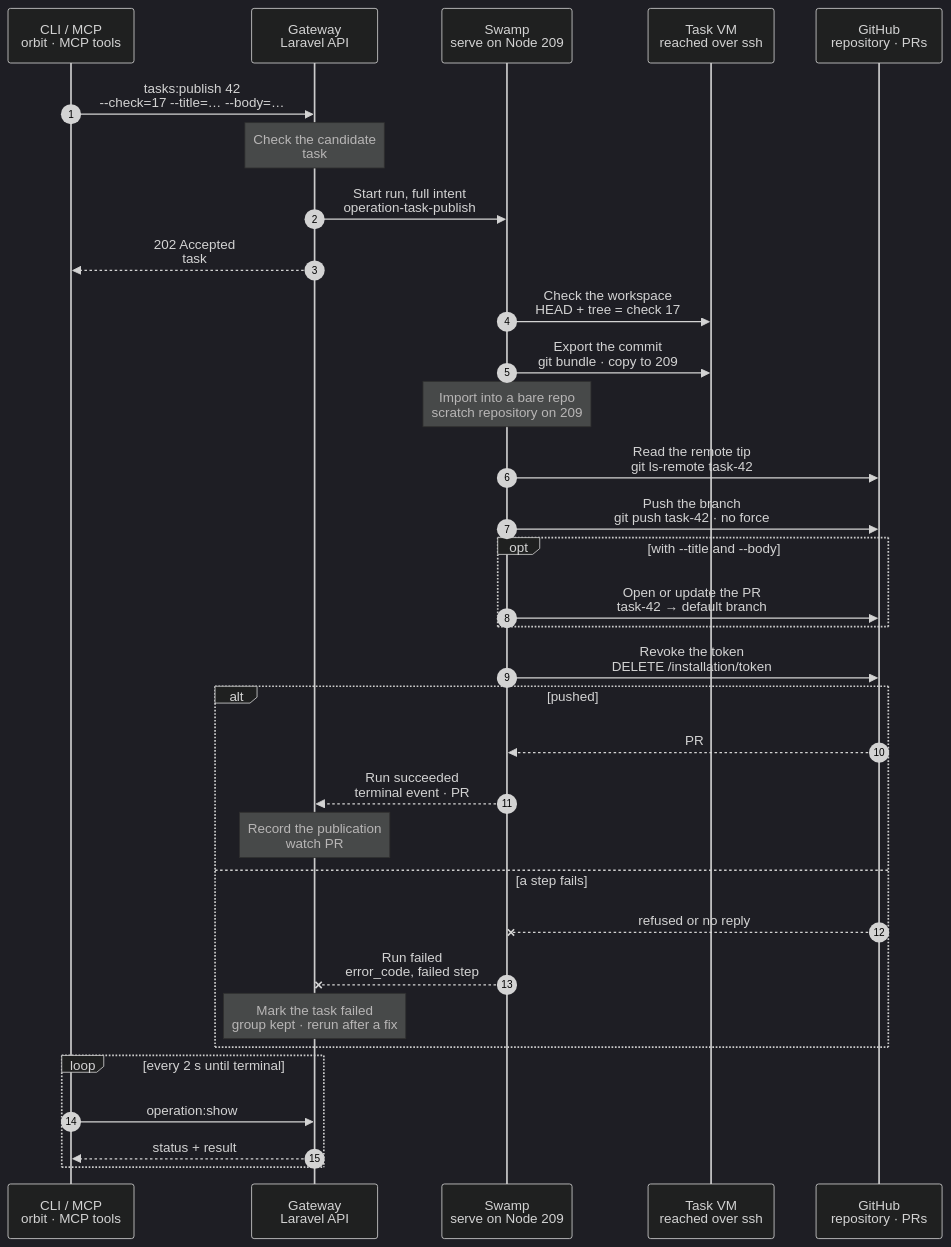
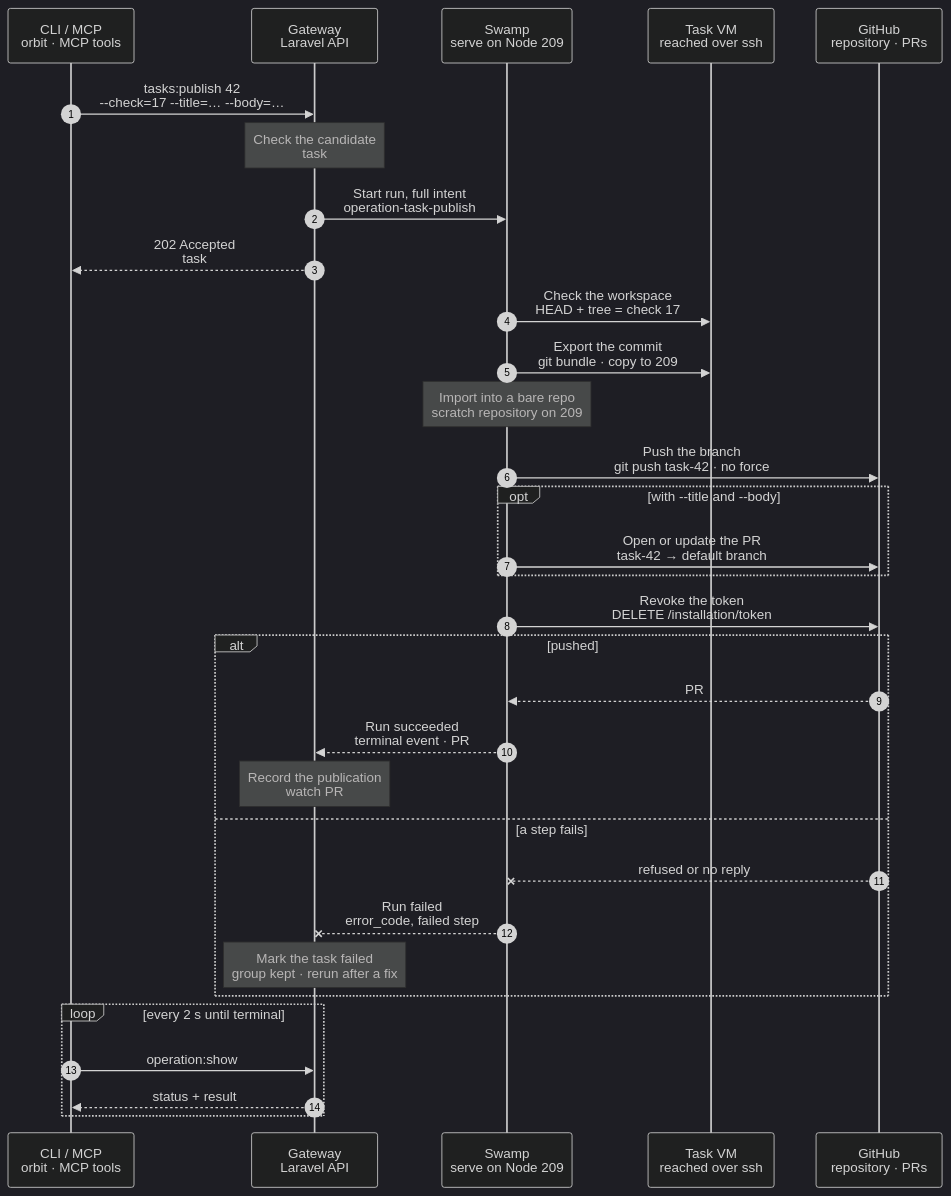
One commit to hardimpactdev/orbit changed the diagram in docs/cli/tasks/publish.mmd. Above: the diagram before and after it, drawn with Mermaid (dark theme). The commit also changed 2 other files, not shown here.

Commit message:
docs(cli): tighten2 wave 9 charts (fleet.rollout, tasks.publish, tasks.dependency_merge)
fleet.peer_dns waits for its lane: its new chart needs a workflow change.

```diff
--- a/docs/cli/tasks/publish.mmd
+++ b/docs/cli/tasks/publish.mmd
@@ -1,115 +1,114 @@
 sequenceDiagram
   %% Target design: ADR 0244 task, DECISIONS 1 (token minted at admission, vault) and R2-R4, swamp-tasks-model. docs/reference/tasks.md#publish-an-external-group.
+  %% Tightened: flow-tighten 2026-11-02, rule 16 (no tip read: a push without force refuses a divergent tip and pushes nothing for an identical one).
   %% status: draft
   %% command: tasks:publish
   %% kind: tasks.publish
   autonumber
   %% lane CLI icon=terminal pill=caller tone=gray
   %% lane GW icon=gateway pill=intent tone=blue
   %% lane SW icon=workflow pill=executes tone=green
   %% lane N icon=server pill=target tone=amber
   %% lane GH icon=server pill=target tone=purple
   participant CLI as CLI / MCP<br/>orbit · MCP tools
   participant GW as Gateway<br/>Laravel API
   participant SW as Swamp<br/>serve on Node 209
   participant N as Task VM<br/>reached over ssh
   participant GH as GitHub<br/>repository · PRs
   CLI->>GW: tasks:publish 42<br/>--check=17 --title=… --body=…
   %%> Command:
   %%> - `orbit tasks:publish 42 --check=17 --title="Deliver the feature" --body="Adds the feature."`
   %%> - syntax: `[group] --check=ID [--title=TEXT --body=TEXT] [--idempotency-key=KEY] [--json]`
   %%> Input:
   %%> - the task group, and the passed handoff check whose commit is published
   %%> - optionally a title and body together, to open or update the pull request; without them it only pushes
   Note over GW: Check the candidate<br/>task #5165 · mint push token
   %%> Requirements:
   %%> - your Node has an access grant to the Gateway
   %%> - group 42 is an open external group with its own task VM workspace
   %%> - check 17 passed for group 42, and required hosted CI passed on its commit, else `tasks.commit_not_checked`
   %%> - no other task runs on group 42; the Gateway holds one lock per group
   %%> What it does:
   %%> - captures the repository, default branch, commit, checked tree and the task VM's SSH target
   %%> - mints a token for that one repository with `contents: write`, `pull_requests: write` and `workflows: write`, and pushes it to the vault as `task-publish-5165` after commit (R3)
   %%> Result:
   %%> - task #5165 recorded with the full intent
   GW->>SW: Start run, full intent<br/>operation-task-publish
   %%> What it does:
   %%> - starts one Swamp run on serve (Node 209)
   %%> Inputs:
   %%> - the commit, tree, branch `task-42`, default branch and the optional title and body
   %%> - the vault key name of the token, never the token
   GW-->>CLI: 202 Accepted<br/>task #5165
   %%> What you get:
   %%> - the task number, at once
   %%> Next:
   %%> - the CLI follows the task with `operation:show`
   SW->>N: Check the workspace<br/>HEAD + tree = check 17
   %%> How:
   %%> - Swamp reaches the task VM over SSH from 209, with `@swamp/ssh`
   %%> What it does:
   %%> - checks that HEAD and the whole working tree still equal the checked candidate
   %%> Refuses:
   %%> - a moved candidate: `tasks.head_moved`; nothing is pushed
   SW->>N: Export the commit<br/>git bundle · copy to 209
   %%> What it does:
   %%> - exports exactly the checked commit as a Git bundle and copies it to 209
   %%> Why:
   %%> - the task VM never gets a GitHub token, and its Git configuration is never loaded
   Note over SW: Import into a bare repo<br/>scratch repository on 209
   %%> What it does:
   %%> - imports the bundle into a disposable bare repository on 209; only this repository uses the token
-  SW->>GH: Read the remote tip<br/>git ls-remote task-42
-  %%> What it does:
-  %%> - reads the branch `task-42` with the token from `vault.get`
-  %%> - an identical tip skips the push; a divergent tip fails with `tasks.not_fast_forward`
   SW->>GH: Push the branch<br/>git push task-42 · no force
   %%> What it does:
-  %%> - pushes the checked commit to `task-42` without force
+  %%> - pushes the checked commit to `task-42` without force, with the token from `vault.get`
+  %%> - an identical tip pushes nothing
   %%> Refuses:
+  %%> - a divergent tip: git refuses the push by itself, mapped to `tasks.not_fast_forward`; no tip read runs first
   %%> - an installation without `Workflows` write when the commit changes `.github/workflows/`: `tasks.workflows_permission`
   opt with --title and --body
     SW->>GH: Open or update the PR<br/>task-42 → default branch
     %%> What it does:
     %%> - looks for an open pull request from `task-42`; updates its title and body when found, else opens one
     %%> Not included:
     %%> - no reviewers, no brief coverage, no board status change
   end
   SW->>GH: Revoke the token<br/>DELETE /installation/token
   %%> What it does:
   %%> - revokes the token and removes the scratch repository, on success and on failure
   %%> If it fails:
   %%> - the run still reports its result; the token expires within one hour
   alt pushed
     GH-->>SW: PR #57 · head sha
     %%> Returns:
     %%> - the branch, commit, and the PR number and URL, or null PR fields for a push alone
     SW-->>GW: Run succeeded<br/>terminal event · PR
     %%> How the Gateway learns it:
     %%> - its shared run reader sees the terminal event; Swamp never calls the Gateway
     Note over GW: Record the publication<br/>watch PR #57 · task done
     %%> Result:
     %%> - group 42 watches PR #57; its board status and settle metrics stay as they are
     %%> - task #5165 succeeds
   else a step fails
     GH--xSW: refused or no reply
     %%> When:
     %%> - the workspace moved, the tip diverged, the push or PR write was refused, or a reply was lost
     SW--xGW: Run failed<br/>error_code, failed step
     %%> The Gateway reads:
     %%> - which step failed and its error code, such as `tasks.push_failed`
     Note over GW: Mark the task failed<br/>group kept · rerun after a fix
     %%> Result:
     %%> - task #5165 fails; group 42 and its workspace stay as they are
     %%> On GitHub:
     %%> - a push or PR that started stays; there is no rollback
     %%> Retry:
     %%> - run the same command again: a new task gets a new token and reads the tip and the PR again before any write
   end
   loop every 2 s until terminal
     CLI->>GW: operation:show #5165
     %%> What it does:
     %%> - asks for the task's status every 2 seconds until it has ended
     GW-->>CLI: status + result
     %%> Returns:
     %%> - the current status, and the result once the task has ended
   end
```
